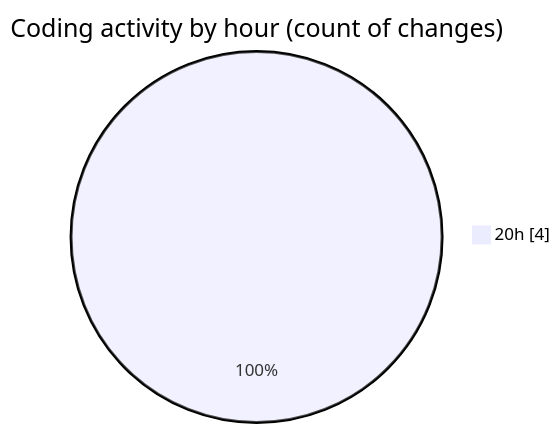
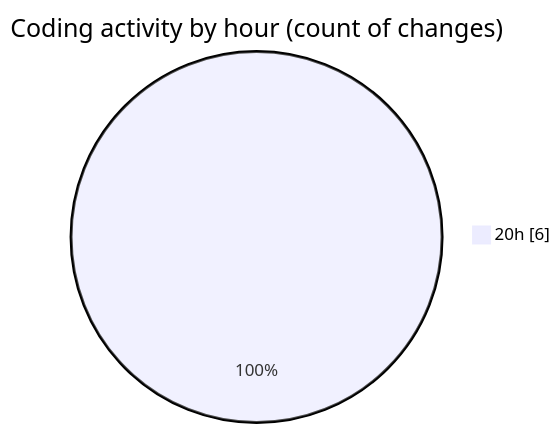
The second of 2 diagrams in 2025-04-10/myws__workspace_/README.md (MatusMokan/code-tracking), drawn with Mermaid before and after one commit. The commit also changed other lines of this file and 1 other file, not shown here.

````diff
--- a/2025-04-10/myws__workspace_/README.md
+++ b/2025-04-10/myws__workspace_/README.md
@@ -28,5 +30,5 @@
 ```mermaid
 pie showData
 title Coding activity by hour (count of changes)
-"20h" : 4
+"20h" : 6
 ```
````
